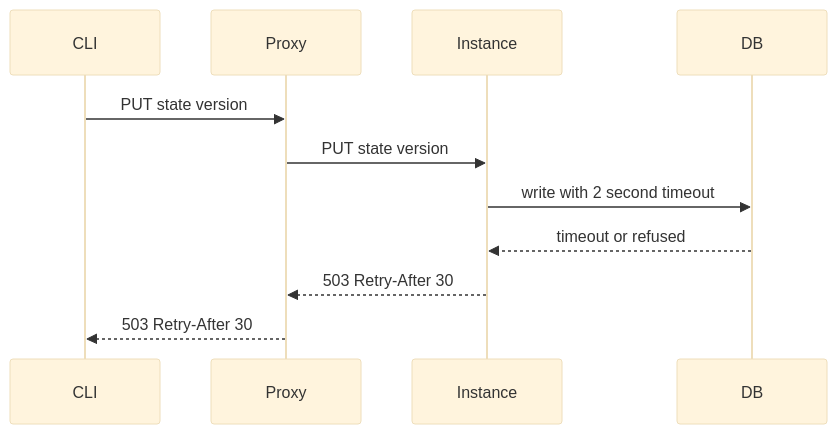
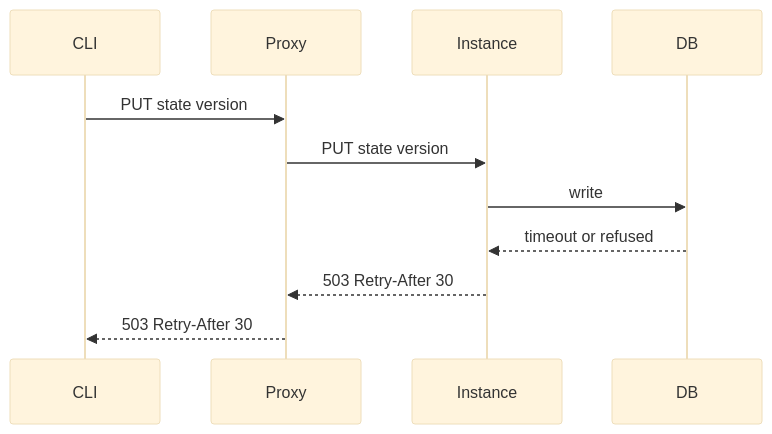
Before and after one commit to OpenDustpan/OpenDustpan: the diagram in openspec/changes/database-outage-503-shape/design.md, drawn with Mermaid (base theme). The commit also changed other lines of this file and 3 other files, not shown here.

````diff
--- a/openspec/changes/database-outage-503-shape/design.md
+++ b/openspec/changes/database-outage-503-shape/design.md
@@ -23,13 +25,13 @@
 ```mermaid
 sequenceDiagram
 participant CLI as CLI
 participant LB as Proxy
 participant I as Instance
 participant DB as DB
 CLI->>LB: PUT state version
 LB->>I: PUT state version
-I->>DB: write with 2 second timeout
+I->>DB: write
 DB-->>I: timeout or refused
 I-->>LB: 503 Retry-After 30
 LB-->>CLI: 503 Retry-After 30
 ```
````
